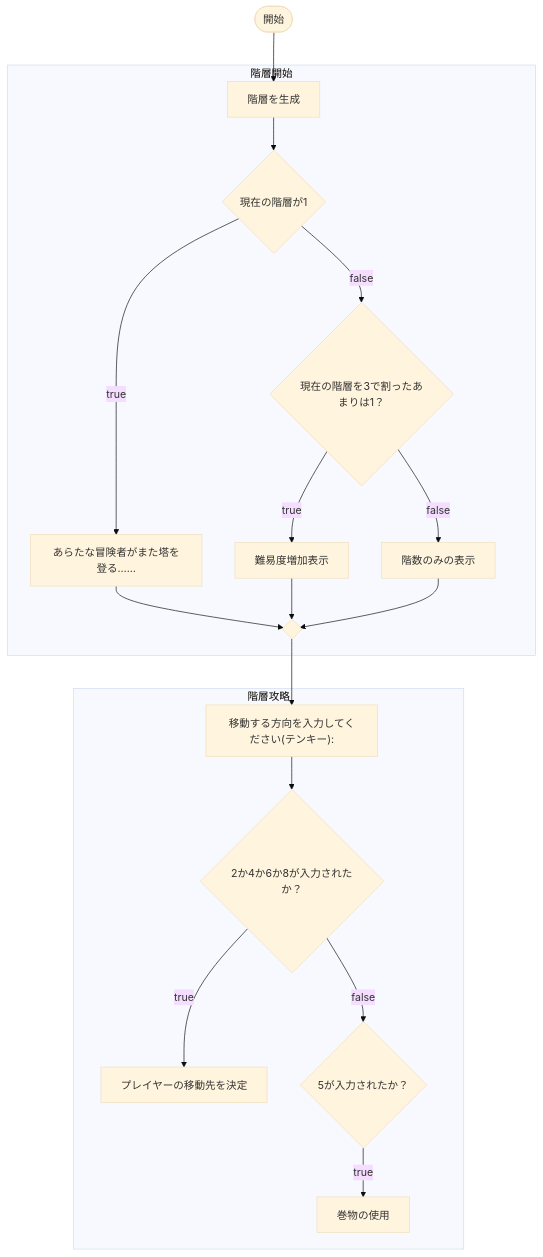
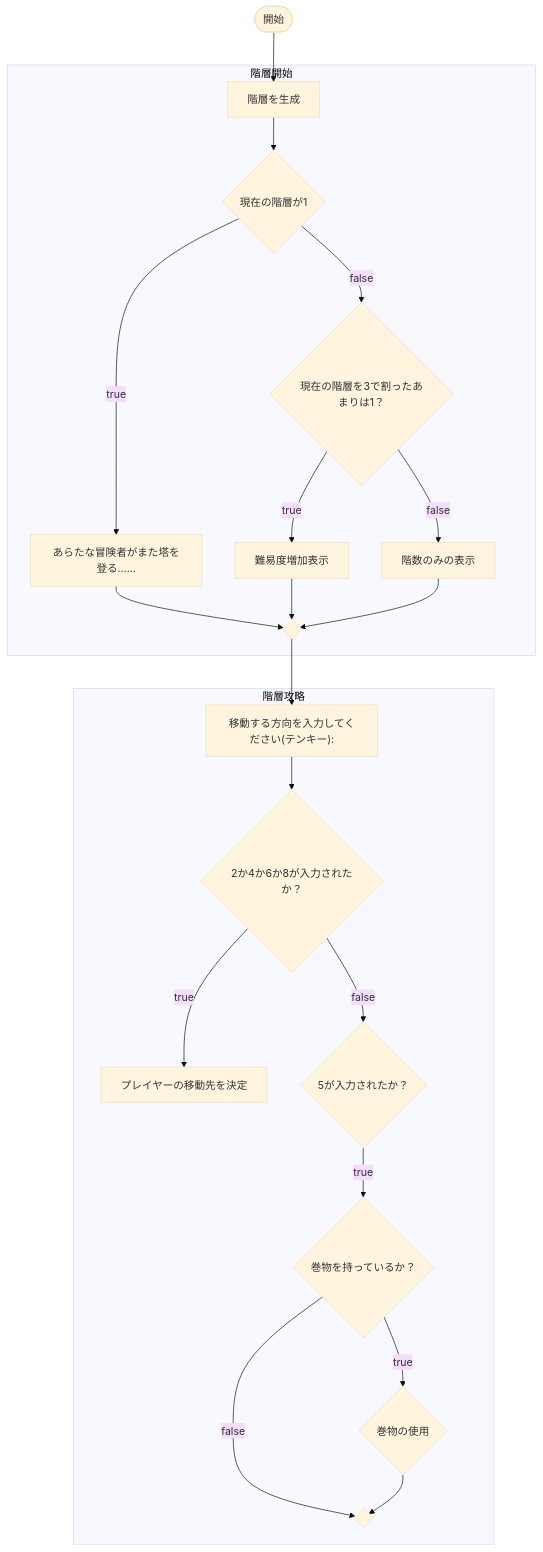
The diagram in README.md (amichi5963/mermaid_test), drawn with Mermaid (base theme) before and after one commit.

````diff
--- a/README.md
+++ b/README.md
@@ -20,21 +20,24 @@
 ```mermaid
 flowchart TB;
   start([開始]) --> A[階層を生成]
 subgraph 階層開始
   A --> B{"現在の階層が1"}
   B -->|true| C["あらたな冒険者がまた塔を登る……"]
   B -->|false| D{"現在の階層を3で割ったあまりは1？"}
   D -->|true| E["難易度増加表示"]
   D -->|false| F["階数のみの表示"]
   C -->join{" "}
   E -->join
   F -->join
 end
   join --> G["移動する方向を入力してください(テンキー):"]
 subgraph 階層攻略
   G --> H{"2か4か6か8が入力されたか？"}
   H -->|true| I["プレイヤーの移動先を決定"]
   H -->|false| J{"5が入力されたか？"}
-  J -->|true| K["巻物の使用"]
+  J -->|true| K{"巻物を持っているか？"}
+  K -->|true| L{"巻物の使用"}
+  K -->|false| join1{" "}
+  L --> join1
 end
 ```
````
